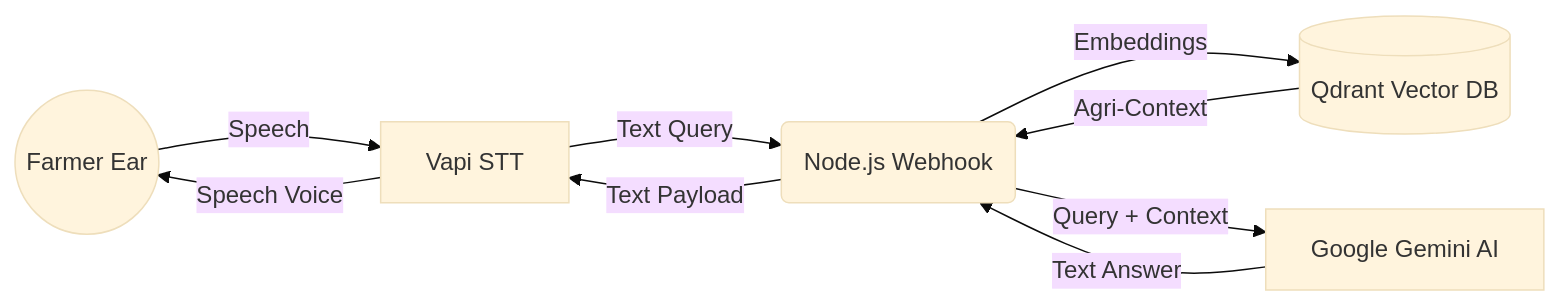
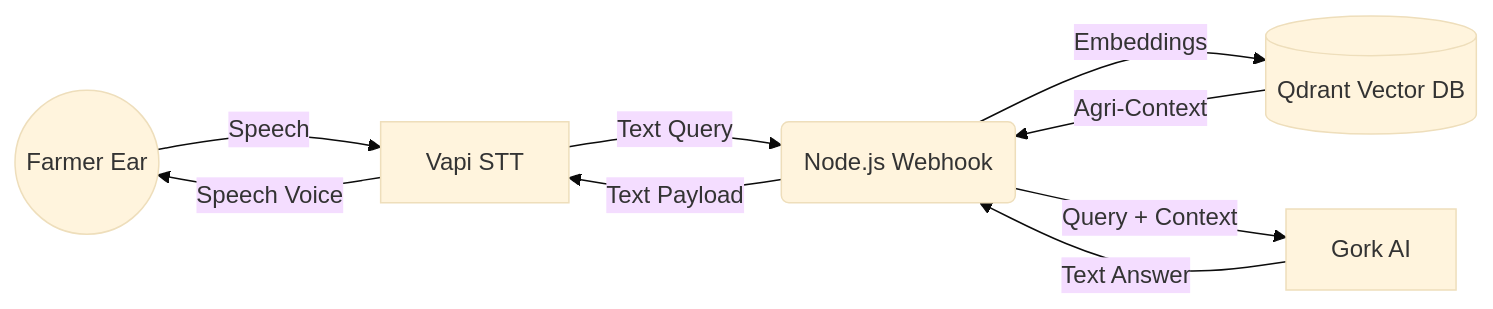
One commit to Sreddy08840/kirishi-voice-agent changed the diagram in README.md. Above: the diagram before and after it, drawn with Mermaid (base theme).

Commit message:
Update AI reference from Google Gemini to Gork AI

````diff
--- a/README.md
+++ b/README.md
@@ -39,11 +39,11 @@
 ```mermaid
 graph LR
     A((Farmer Voice)) -->|Speech| B[Vapi STT]
     B -->|Text Query| C(Node.js Webhook)
     C -->|Embeddings| D[(Qdrant Vector DB)]
     D -->|Agri-Context| C
-    C -->|Query + Context| E[Google Gemini AI]
+    C -->|Query + Context| E[Gork AI]
     E -->|Text Answer| C
     C -->|Text Payload| B
     B -->|Speech Voice| A((Farmer Ear))
 ```
````
